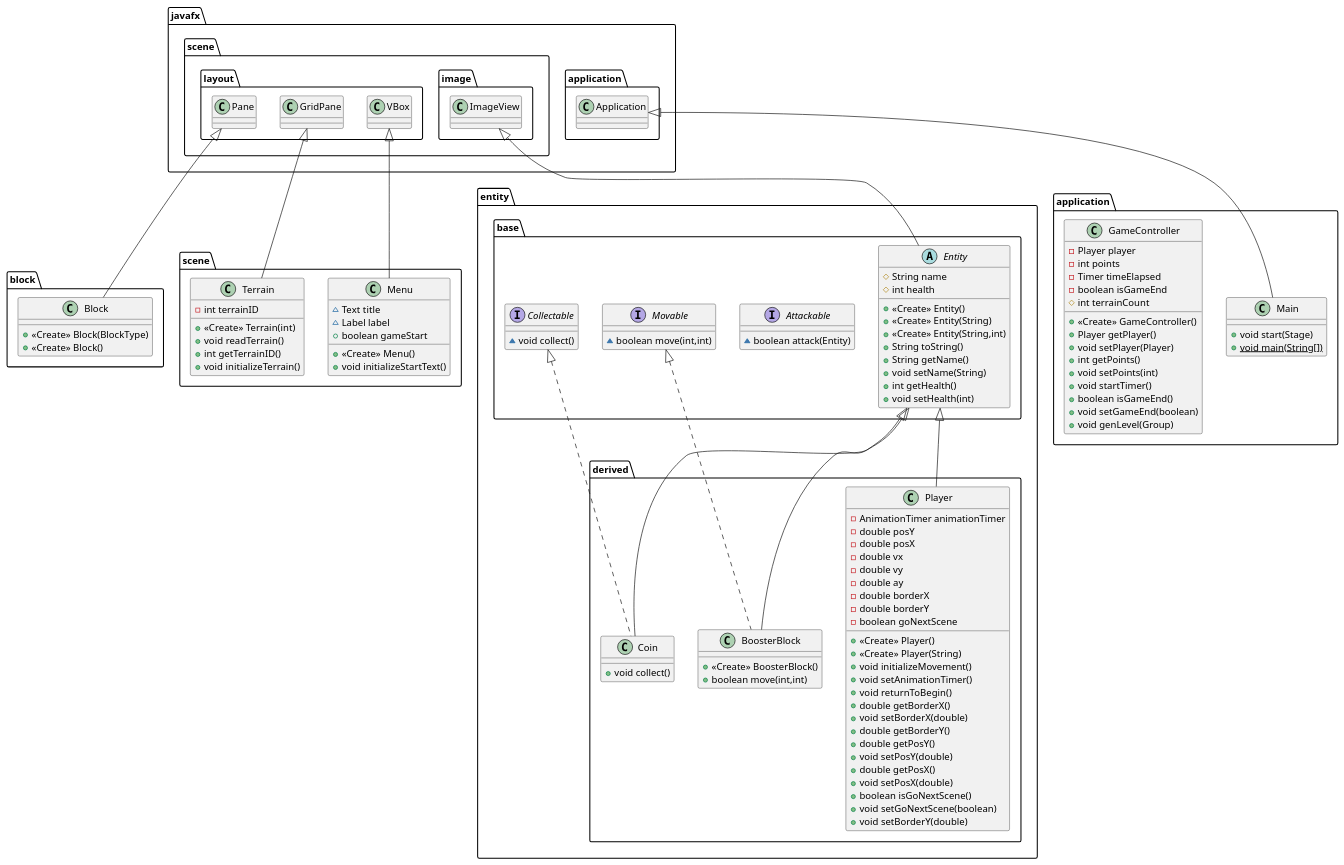
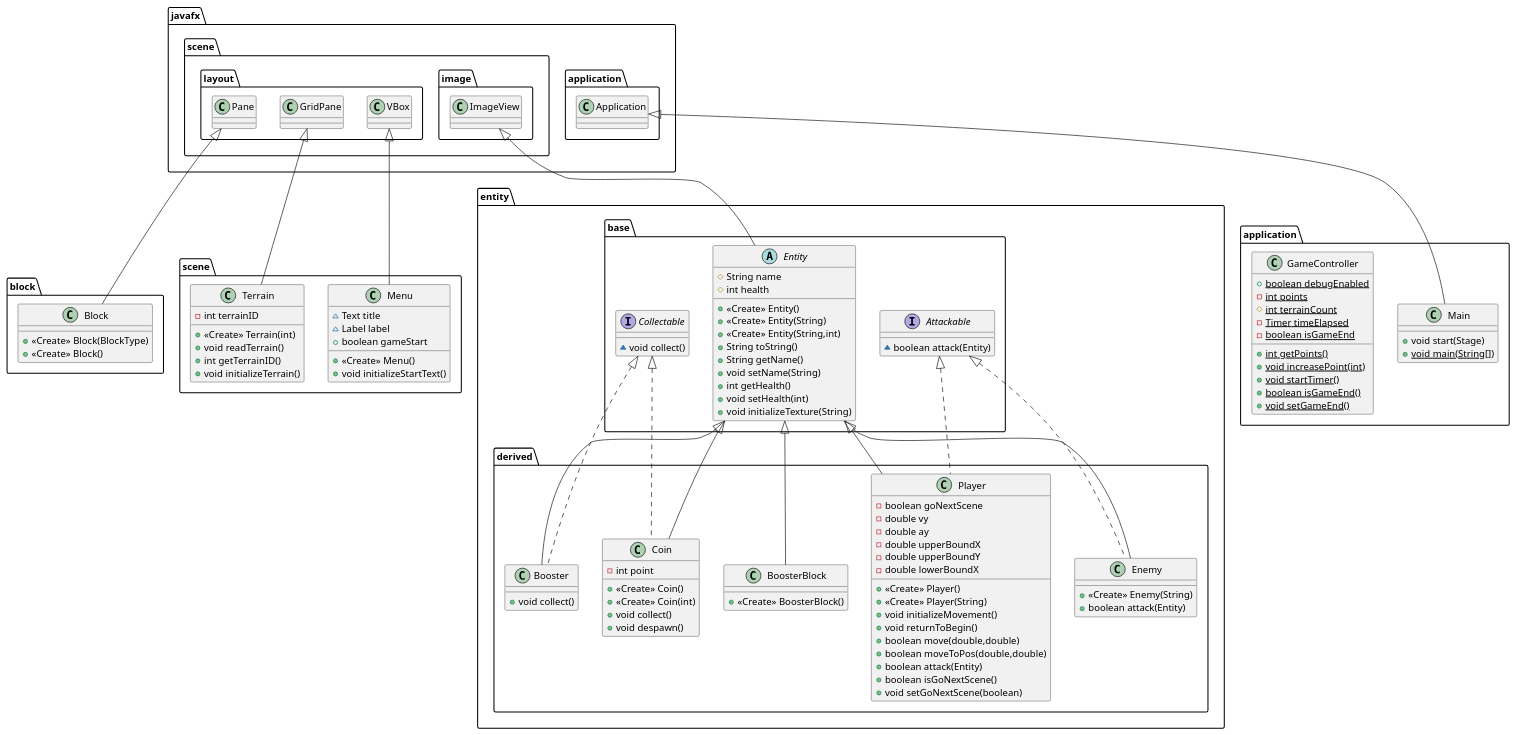
One commit to noppakorn/2110215_project changed the diagram in uml.puml. Above: the diagram before and after it, drawn with PlantUML. The commit also changed 11 other files, not shown here.

```diff
--- a/uml.puml
+++ b/uml.puml
@@ -1,106 +1,105 @@
 @startuml
 class block.Block {
 + <<Create>> Block(BlockType)
 + <<Create>> Block()
 }
 abstract class entity.base.Entity {
 # String name
 # int health
 + <<Create>> Entity()
 + <<Create>> Entity(String)
 + <<Create>> Entity(String,int)
 + String toString()
 + String getName()
 + void setName(String)
 + int getHealth()
 + void setHealth(int)
++ void initializeTexture(String)
 }
 interface entity.base.Attackable {
 ~ boolean attack(Entity)
 }
 class scene.Menu {
 ~ Text title
 ~ Label label
 + boolean gameStart
 + <<Create>> Menu()
 + void initializeStartText()
 }
 class entity.derived.BoosterBlock {
 + <<Create>> BoosterBlock()
-+ boolean move(int,int)
 }
 class application.Main {
 + void start(Stage)
 + {static} void main(String[])
 }
 class application.GameController {
-- Player player
-- int points
-- Timer timeElapsed
-- boolean isGameEnd
-# int terrainCount
-+ <<Create>> GameController()
-+ Player getPlayer()
-+ void setPlayer(Player)
-+ int getPoints()
-+ void setPoints(int)
-+ void startTimer()
-+ boolean isGameEnd()
-+ void setGameEnd(boolean)
-+ void genLevel(Group)
++ {static} boolean debugEnabled
+- {static} int points
+# {static} int terrainCount
+- {static} Timer timeElapsed
+- {static} boolean isGameEnd
++ {static} int getPoints()
++ {static} void increasePoint(int)
++ {static} void startTimer()
++ {static} boolean isGameEnd()
++ {static} void setGameEnd()
 }
 class entity.derived.Coin {
+- int point
++ <<Create>> Coin()
++ <<Create>> Coin(int)
 + void collect()
++ void despawn()
+}
+class entity.derived.Enemy {
++ <<Create>> Enemy(String)
++ boolean attack(Entity)
 }
 class entity.derived.Player {
-- AnimationTimer animationTimer
-- double posY
-- double posX
-- double vx
+- boolean goNextScene
 - double vy
 - double ay
-- double borderX
-- double borderY
-- boolean goNextScene
+- double upperBoundX
+- double upperBoundY
+- double lowerBoundX
 + <<Create>> Player()
 + <<Create>> Player(String)
 + void initializeMovement()
-+ void setAnimationTimer()
 + void returnToBegin()
-+ double getBorderX()
-+ void setBorderX(double)
-+ double getBorderY()
-+ double getPosY()
-+ void setPosY(double)
-+ double getPosX()
-+ void setPosX(double)
++ boolean move(double,double)
++ boolean moveToPos(double,double)
++ boolean attack(Entity)
 + boolean isGoNextScene()
 + void setGoNextScene(boolean)
-+ void setBorderY(double)
 }
-interface entity.base.Movable {
-~ boolean move(int,int)
+class entity.derived.Booster {
++ void collect()
 }
 interface entity.base.Collectable {
 ~ void collect()
 }
 class scene.Terrain {
 - int terrainID
 + <<Create>> Terrain(int)
 + void readTerrain()
 + int getTerrainID()
 + void initializeTerrain()
 }
 
 
 javafx.scene.layout.Pane <|-- block.Block
 javafx.scene.image.ImageView <|-- entity.base.Entity
 javafx.scene.layout.VBox <|-- scene.Menu
-entity.base.Movable <|.. entity.derived.BoosterBlock
 entity.base.Entity <|-- entity.derived.BoosterBlock
 javafx.application.Application <|-- application.Main
 entity.base.Collectable <|.. entity.derived.Coin
 entity.base.Entity <|-- entity.derived.Coin
+entity.base.Attackable <|.. entity.derived.Enemy
+entity.base.Entity <|-- entity.derived.Enemy
+entity.base.Attackable <|.. entity.derived.Player
 entity.base.Entity <|-- entity.derived.Player
+entity.base.Collectable <|.. entity.derived.Booster
+entity.base.Entity <|-- entity.derived.Booster
 javafx.scene.layout.GridPane <|-- scene.Terrain
 @enduml
```
